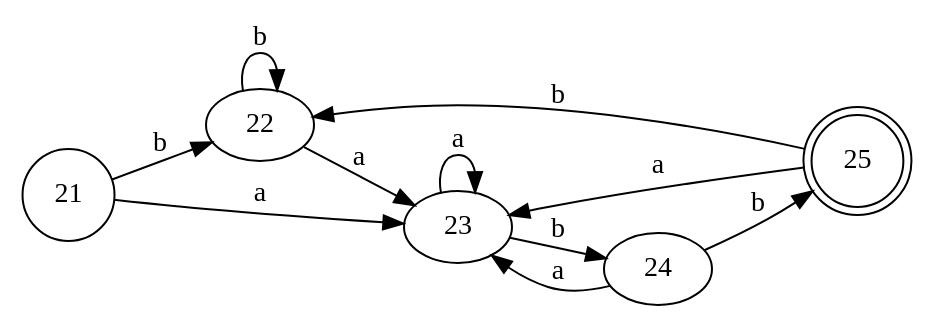
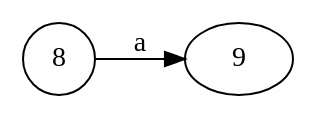
One commit to bryannalfaro/Dise-odeLenguajes changed the diagram in test-output/automata1.gv. Above: the diagram before and after it, drawn with Graphviz. The commit also changed 6 other files, not shown here.

```diff
--- a/test-output/automata1.gv
+++ b/test-output/automata1.gv
@@ -1,15 +1,5 @@
 digraph automata1 {
 	rankdir=LR
-	21 [label=21 shape=circle]
-	25 [label=25 shape=doublecircle]
-	21 -> 22 [label=b]
-	21 -> 23 [label=a]
-	22 -> 22 [label=b]
-	22 -> 23 [label=a]
-	23 -> 24 [label=b]
-	23 -> 23 [label=a]
-	24 -> 25 [label=b]
-	24 -> 23 [label=a]
-	25 -> 22 [label=b]
-	25 -> 23 [label=a]
+	8 [label=8 shape=circle]
+	8 -> 9 [label=a]
 }
```
